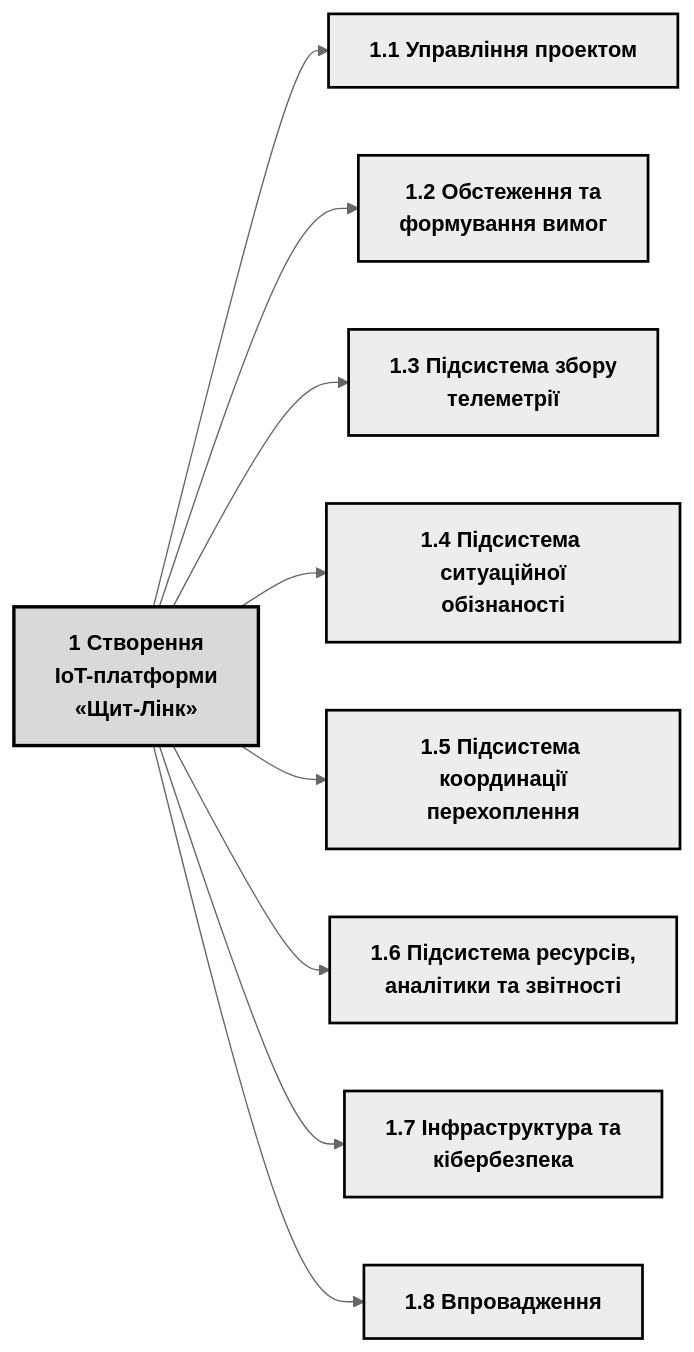
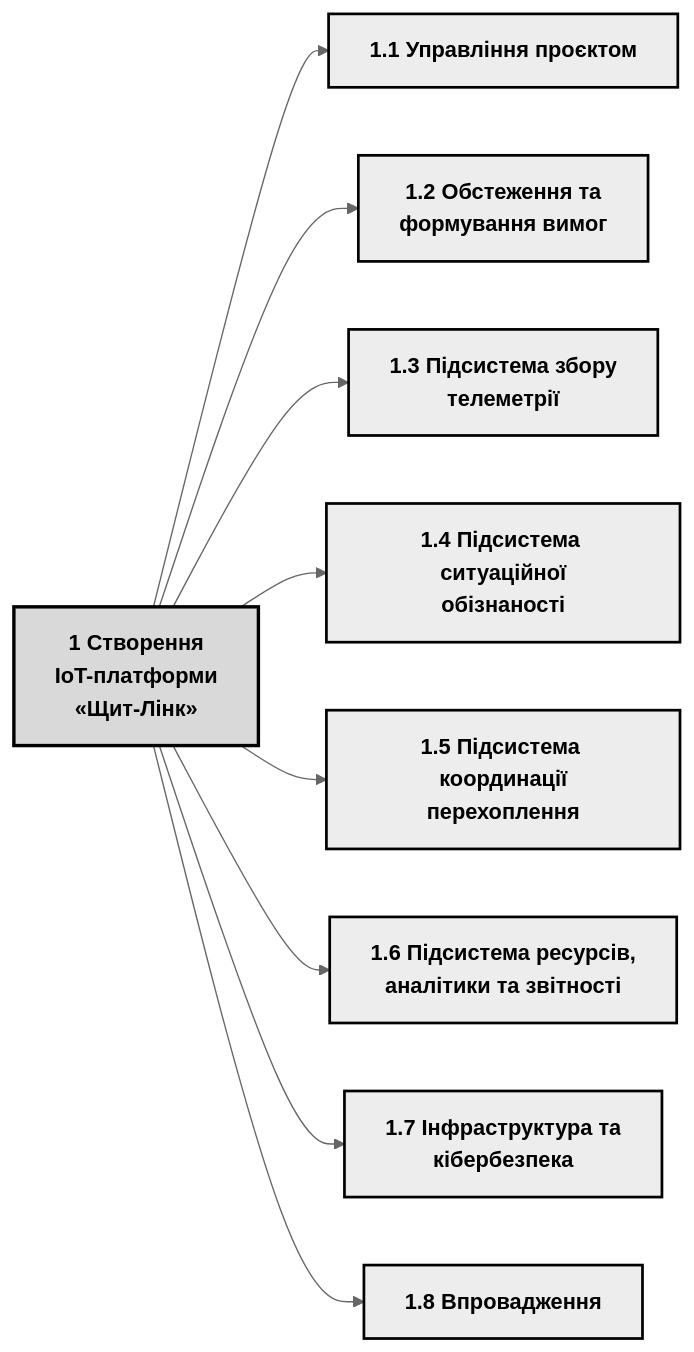
The diagram in lab1/diagrams/09_wbs_overview.mmd (KravAvfv/-_2026), drawn with Mermaid (neutral theme) before and after one commit. The commit also changed 82 other files, not shown here.

```diff
--- a/lab1/diagrams/09_wbs_overview.mmd
+++ b/lab1/diagrams/09_wbs_overview.mmd
@@ -1,24 +1,24 @@
 flowchart LR
   classDef l0 fill:#D9D9D9,stroke:#000,stroke-width:2.5px,font-weight:bold;
   classDef l1 fill:#EDEDED,stroke:#000,stroke-width:2px,font-weight:bold;
   classDef l2 fill:#F7F7F7,stroke:#000,stroke-width:1.3px;
   classDef l3 fill:#FFFFFF,stroke:#000,stroke-width:1px;
   classDef alt fill:#FFFFFF,stroke:#000,stroke-width:1px,stroke-dasharray:6 4;
 
   P["1 Створення<br/>IoT-платформи<br/>«Щит-Лінк»"]:::l0
-  N1_1["1.1 Управління проектом"]:::l1
+  N1_1["1.1 Управління проєктом"]:::l1
   P --> N1_1
   N1_2["1.2 Обстеження та<br/>формування вимог"]:::l1
   P --> N1_2
   N1_3["1.3 Підсистема збору<br/>телеметрії"]:::l1
   P --> N1_3
   N1_4["1.4 Підсистема ситуаційної<br/>обізнаності"]:::l1
   P --> N1_4
   N1_5["1.5 Підсистема координації<br/>перехоплення"]:::l1
   P --> N1_5
   N1_6["1.6 Підсистема ресурсів,<br/>аналітики та звітності"]:::l1
   P --> N1_6
   N1_7["1.7 Інфраструктура та<br/>кібербезпека"]:::l1
   P --> N1_7
   N1_8["1.8 Впровадження"]:::l1
   P --> N1_8
```
